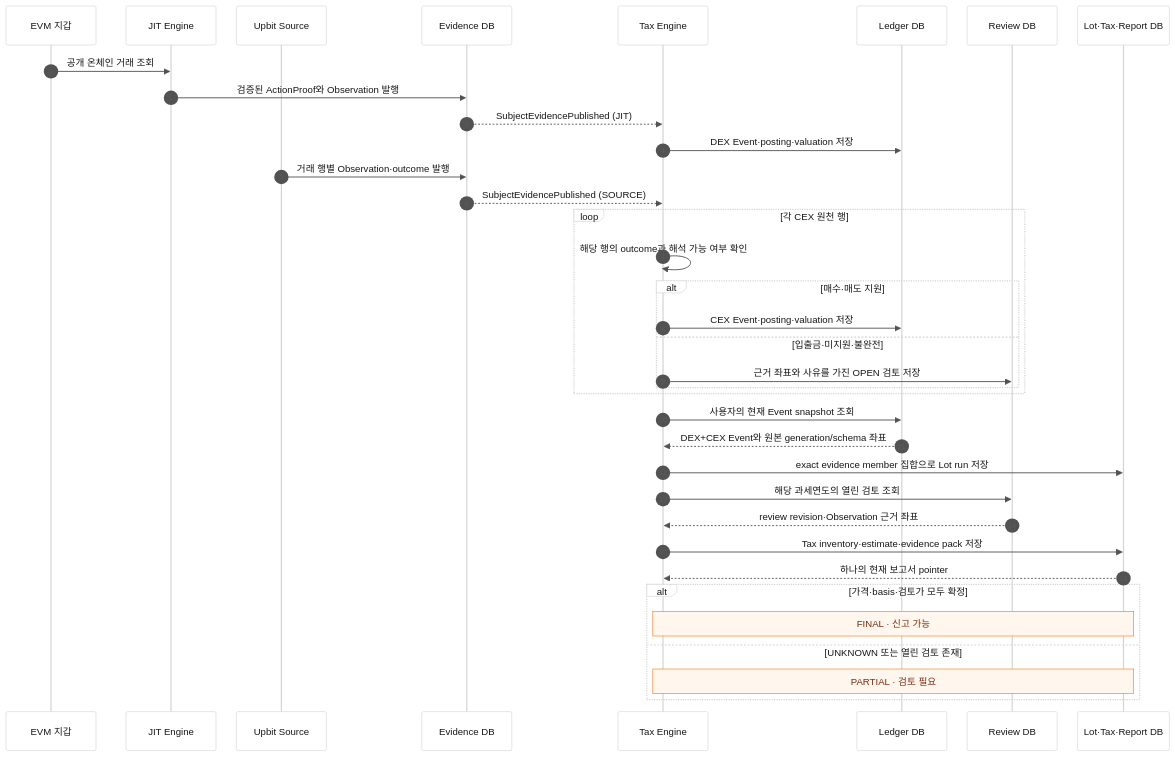
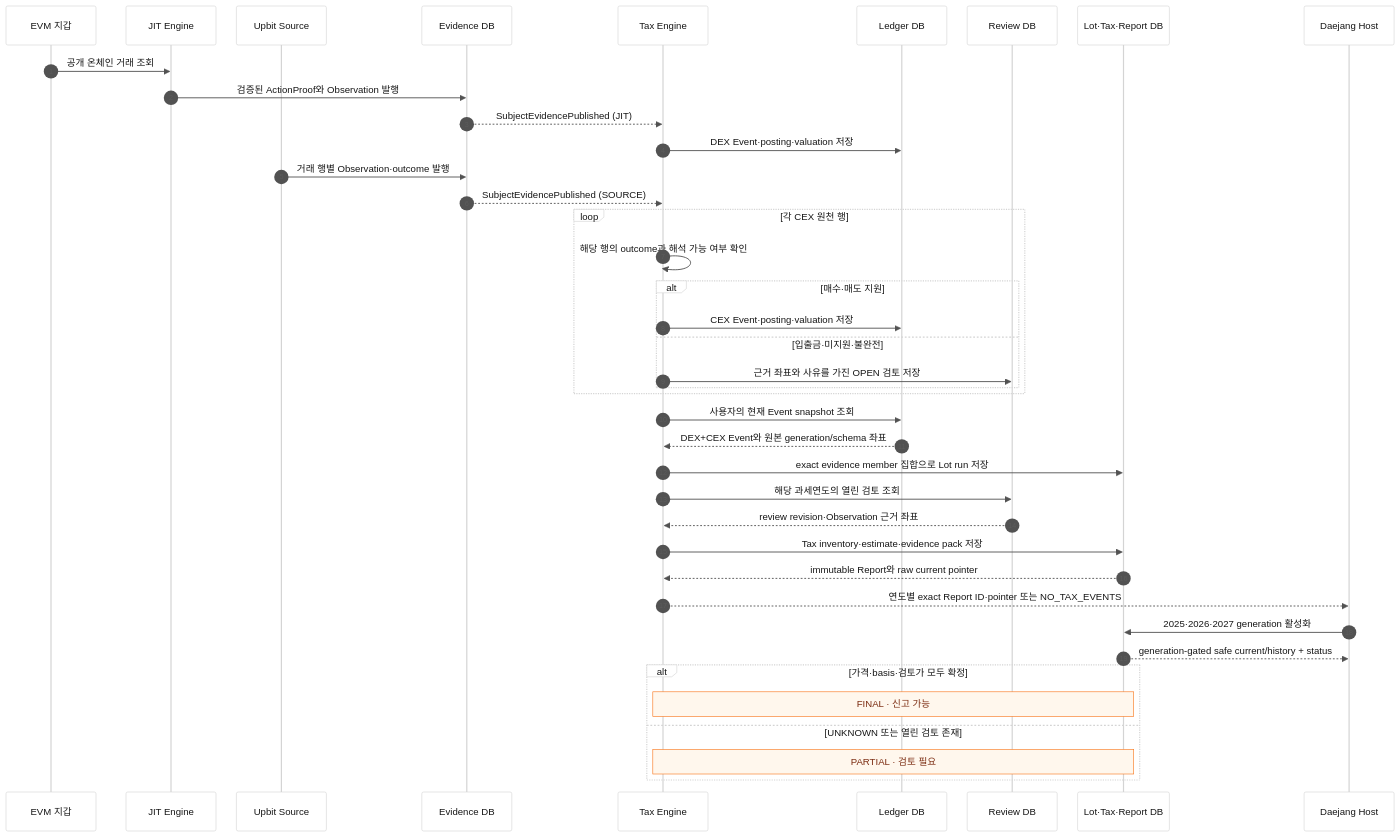
One commit to BackwardLabs/daejang changed the diagram in docs/dex-cex-tax-report-flow.md. Above: the diagram before and after it, drawn with Mermaid. The commit also changed other lines of this file and 25 other files, not shown here.

Commit message:
feat(reporting): activate generation-gated tax runtime

````diff
--- a/docs/dex-cex-tax-report-flow.md
+++ b/docs/dex-cex-tax-report-flow.md
@@ -15,43 +15,47 @@
 ```mermaid
 %%{init: {"theme":"base","sequence":{"diagramMarginX":30,"diagramMarginY":20,"actorMargin":34,"messageMargin":28,"noteMargin":12},"themeVariables":{"fontFamily":"Pretendard, sans-serif","primaryTextColor":"#171717","lineColor":"#A3A3A3","signalColor":"#525252","signalTextColor":"#171717","actorBkg":"#FFFFFF","actorBorder":"#D4D4D4","actorTextColor":"#171717","noteBkgColor":"#FFF7ED","noteBorderColor":"#F97316","noteTextColor":"#7C2D12"}}}%%
 sequenceDiagram
   autonumber
   participant Wallet as EVM 지갑
   participant JIT as JIT Engine
   participant CEX as Upbit Source
   participant Evidence as Evidence DB
   participant Tax as Tax Engine
   participant Ledger as Ledger DB
   participant Review as Review DB
   participant Report as Lot·Tax·Report DB
+  participant Host as Daejang Host
 
   Wallet->>JIT: 공개 온체인 거래 조회
   JIT->>Evidence: 검증된 ActionProof와 Observation 발행
   Evidence-->>Tax: SubjectEvidencePublished (JIT)
   Tax->>Ledger: DEX Event·posting·valuation 저장
 
   CEX->>Evidence: 거래 행별 Observation·outcome 발행
   Evidence-->>Tax: SubjectEvidencePublished (SOURCE)
   loop 각 CEX 원천 행
     Tax->>Tax: 해당 행의 outcome과 해석 가능 여부 확인
     alt 매수·매도 지원
       Tax->>Ledger: CEX Event·posting·valuation 저장
     else 입출금·미지원·불완전
       Tax->>Review: 근거 좌표와 사유를 가진 OPEN 검토 저장
     end
   end
 
   Tax->>Ledger: 사용자의 현재 Event snapshot 조회
   Ledger-->>Tax: DEX+CEX Event와 원본 generation/schema 좌표
   Tax->>Report: exact evidence member 집합으로 Lot run 저장
   Tax->>Review: 해당 과세연도의 열린 검토 조회
   Review-->>Tax: review revision·Observation 근거 좌표
   Tax->>Report: Tax inventory·estimate·evidence pack 저장
-  Report-->>Tax: 하나의 현재 보고서 pointer
+  Report-->>Tax: immutable Report와 raw current pointer
+  Tax-->>Host: 연도별 exact Report ID·pointer 또는 NO_TAX_EVENTS
+  Host->>Report: 2025·2026·2027 generation 활성화
+  Report-->>Host: generation-gated safe current/history + status
 
   alt 가격·basis·검토가 모두 확정
     Note over Tax,Report: FINAL · 신고 가능
   else UNKNOWN 또는 열린 검토 존재
     Note over Tax,Report: PARTIAL · 검토 필요
   end
 ```
````
